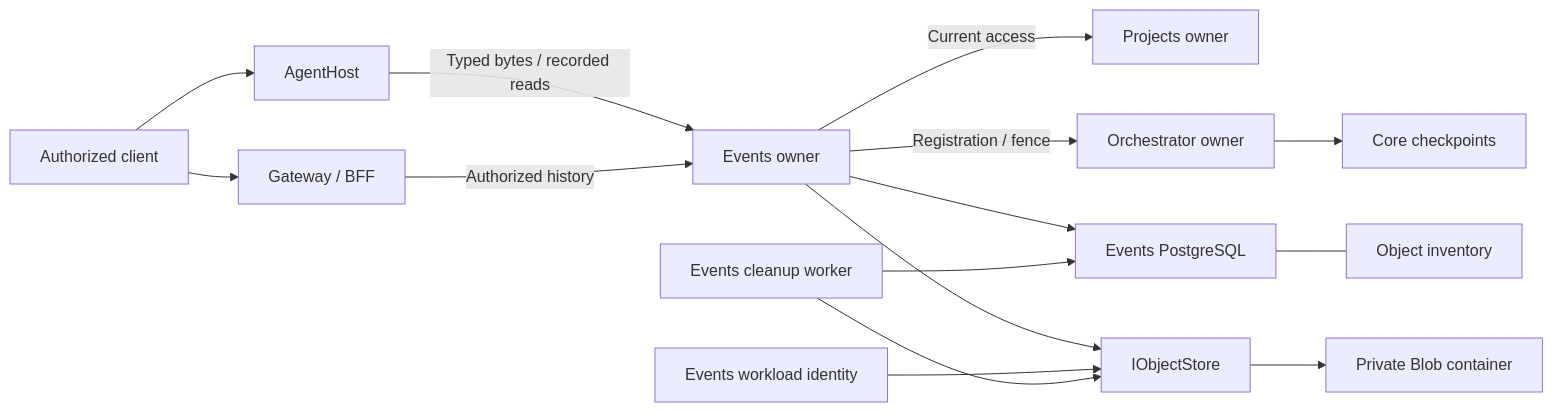
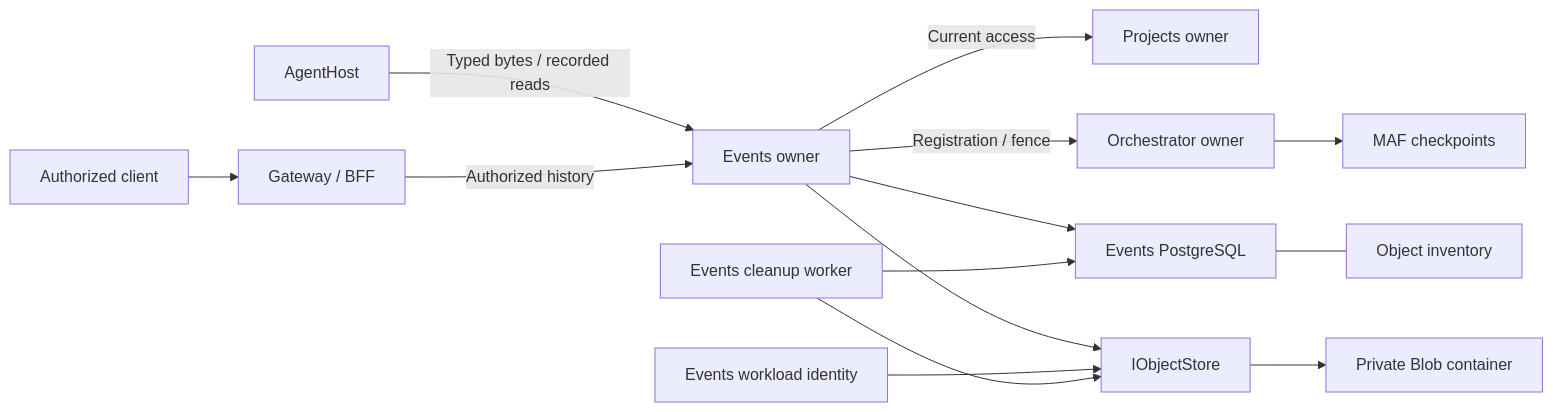
One commit to sabbour/agentweaver changed the diagram in docs/architecture/session-material-composition.md. Above: the diagram before and after it, drawn with Mermaid. The commit also changed other lines of this file and 31 other files, not shown here.

First line of the commit message:
docs: explain v1 architecture through complementary views

````diff
--- a/docs/architecture/session-material-composition.md
+++ b/docs/architecture/session-material-composition.md
@@ -72,17 +21,16 @@
 ```mermaid
 flowchart LR
-    User["Authorized client"] --> Host["AgentHost"]
-    Host -->|"Typed bytes / recorded reads"| Events["Events owner"]
-    User --> Gateway["Gateway / BFF"]
+    Host["AgentHost"] -->|"Typed bytes / recorded reads"| Events["Events owner"]
+    Client["Authorized client"] --> Gateway["Gateway / BFF"]
     Gateway -->|"Authorized history"| Events
     Events -->|"Current access"| Projects["Projects owner"]
     Events -->|"Registration / fence"| Core["Orchestrator owner"]
-    Core --> Checkpoints["Core checkpoints"]
+    Core --> Checkpoints["MAF checkpoints"]
     Events --> Journal["Events PostgreSQL"]
     Journal --- Inventory["Object inventory"]
     Events --> Objects["IObjectStore"]
     Objects --> Blob["Private Blob container"]
     Identity["Events workload identity"] --> Objects
     Cleanup["Events cleanup worker"] --> Journal
     Cleanup --> Objects
 ```
````
